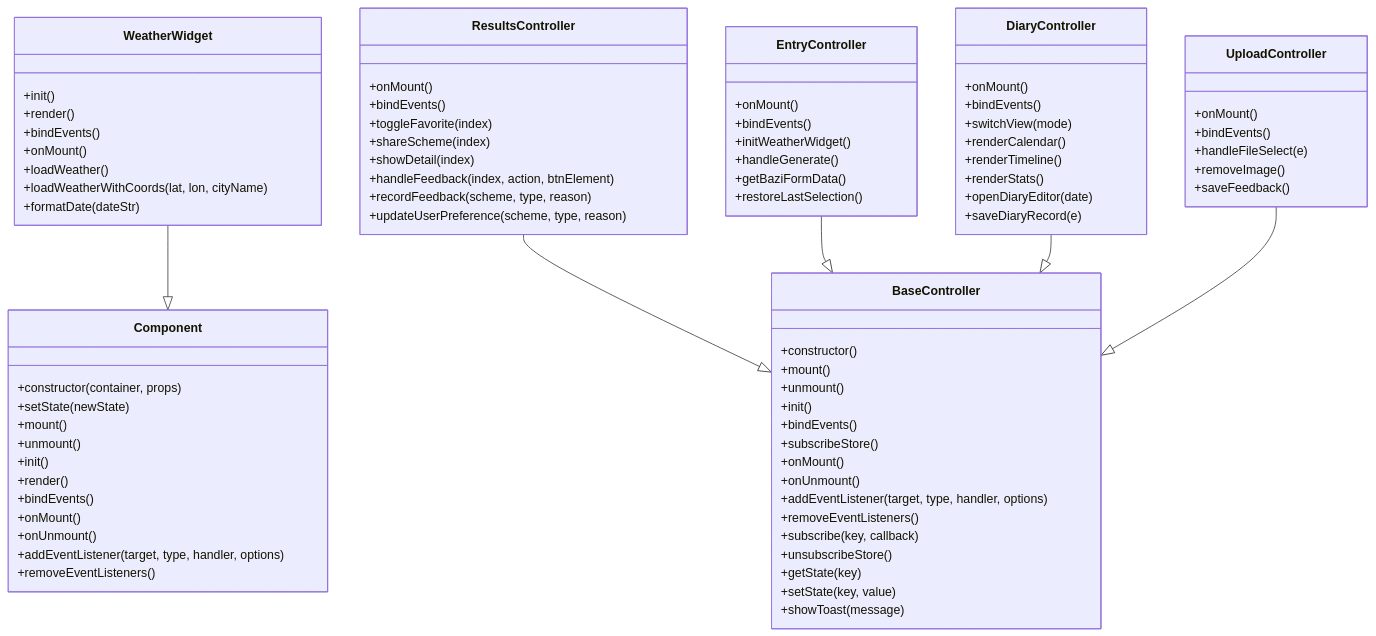
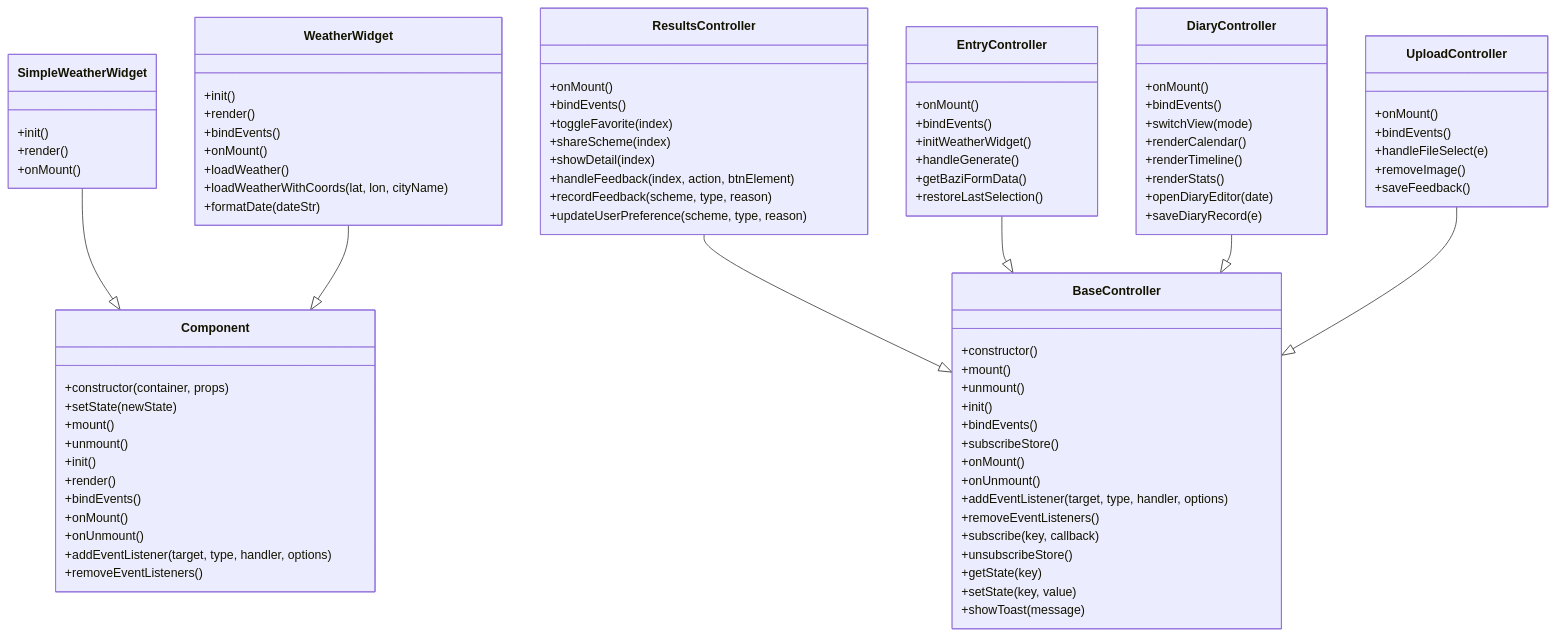
The second of 9 diagrams in .qoder/repowiki/zh/content/用户界面组件/用户界面组件.md (jeankeim/wuxing-fashion), drawn with Mermaid before and after one commit. The commit also changed other lines of this file and 27 other files, not shown here.

```diff
--- a/.qoder/repowiki/zh/content/用户界面组件/用户界面组件.md
+++ b/.qoder/repowiki/zh/content/用户界面组件/用户界面组件.md
@@ -165,6 +178,11 @@
 +onUnmount()
 +addEventListener(target, type, handler, options)
 +removeEventListeners()
+}
+class SimpleWeatherWidget {
++init()
++render()
++onMount()
 }
 class WeatherWidget {
 +init()
@@ -227,6 +245,7 @@
 +removeImage()
 +saveFeedback()
 }
+SimpleWeatherWidget --|> Component
 WeatherWidget --|> Component
 ResultsController --|> BaseController
 EntryController --|> BaseController
```
